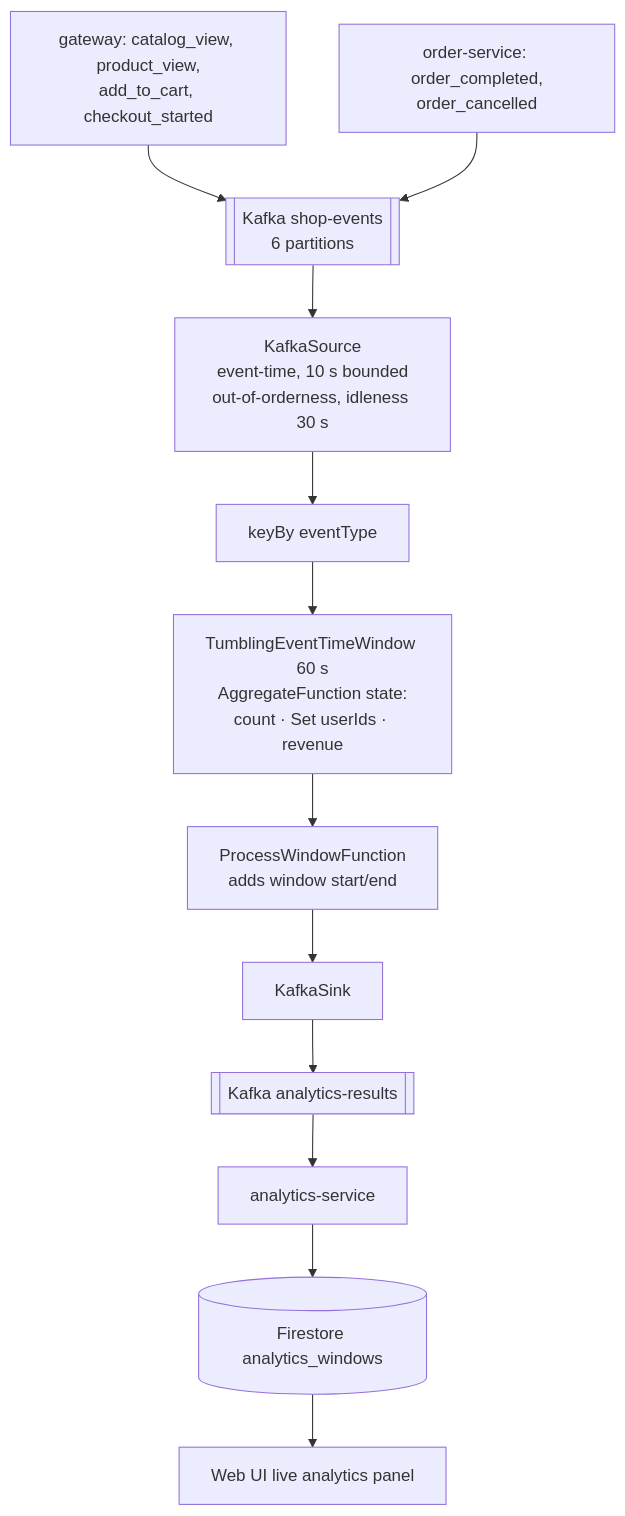
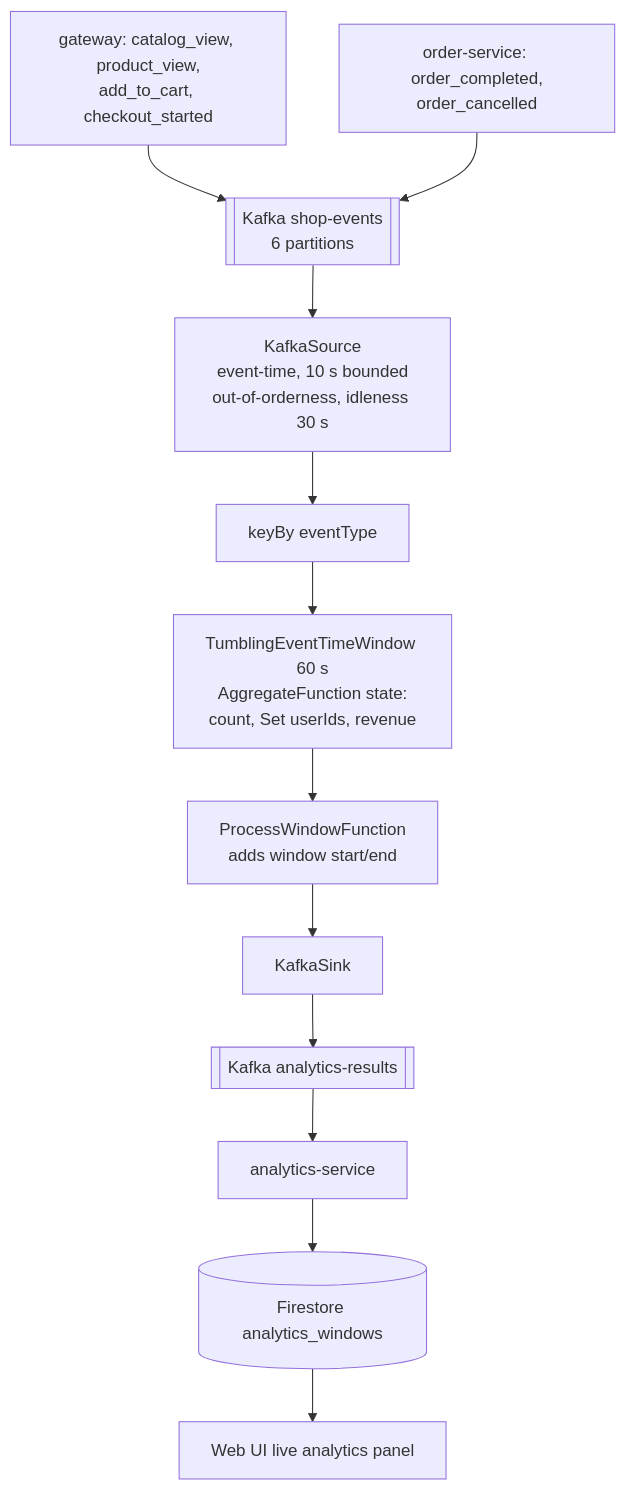
Before and after one commit to anshcode1911-cmd/shopsphere: the diagram in docs/diagrams/05-analytics.mmd, drawn with Mermaid. The commit also changed 11 other files, not shown here.

```diff
--- a/docs/diagrams/05-analytics.mmd
+++ b/docs/diagrams/05-analytics.mmd
@@ -1,11 +1,11 @@
 flowchart TB
   e1[gateway: catalog_view, product_view,<br/>add_to_cart, checkout_started] --> t1[[Kafka shop-events<br/>6 partitions]]
   e2[order-service: order_completed,<br/>order_cancelled] --> t1
   t1 --> src[KafkaSource<br/>event-time, 10 s bounded<br/>out-of-orderness, idleness 30 s]
   src --> kb[keyBy eventType]
-  kb --> w[TumblingEventTimeWindow 60 s<br/>AggregateFunction state:<br/>count · Set userIds · revenue]
+  kb --> w[TumblingEventTimeWindow 60 s<br/>AggregateFunction state:<br/>count, Set userIds, revenue]
   w --> pw[ProcessWindowFunction<br/>adds window start/end]
   pw --> snk[KafkaSink]
   snk --> t2[[Kafka analytics-results]]
   t2 --> as[analytics-service] --> fs[(Firestore analytics_windows)]
   fs --> ui[Web UI live analytics panel]
```
